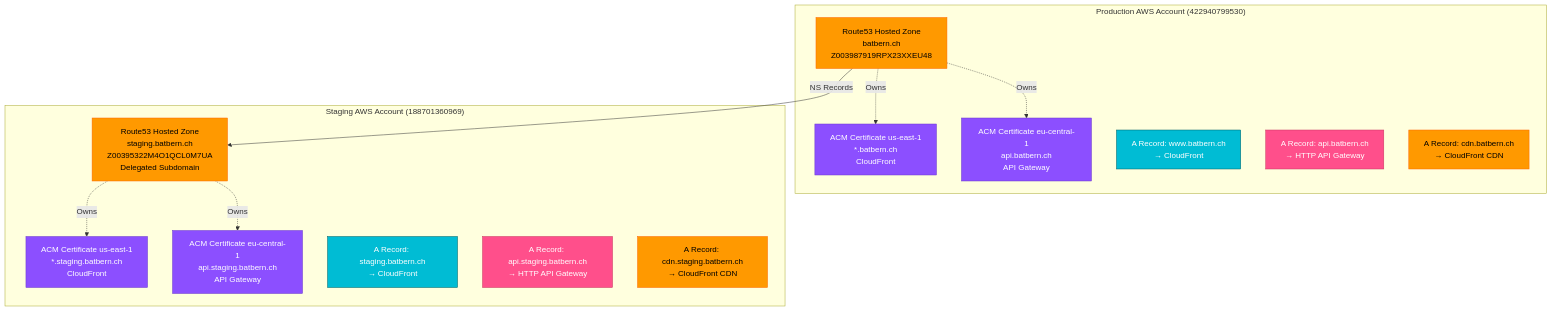
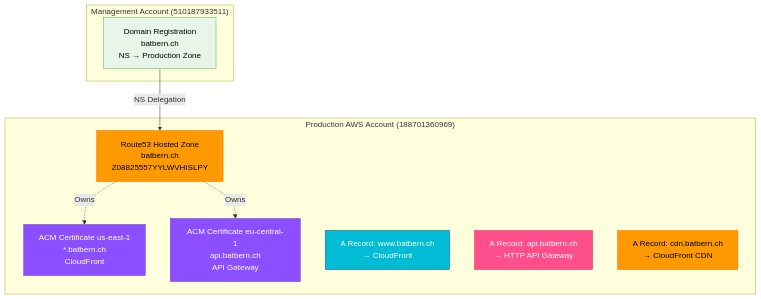
One commit to nissimbuchs/BATbern2 changed the tenth of 10 diagrams in docs/architecture/02-infrastructure-deployment.md. Above: the diagram before and after it, drawn with Mermaid. The commit also changed other lines of this file and 38 other files, not shown here.

First line of the commit message:
fix(infra): promote staging account to production with isProduction flag pattern

````diff
--- a/docs/architecture/02-infrastructure-deployment.md
+++ b/docs/architecture/02-infrastructure-deployment.md
@@ -1204,43 +1175,29 @@
 ```mermaid
 graph TB
-    subgraph "Production AWS Account (422940799530)"
-        PROD_ZONE[Route53 Hosted Zone<br/>batbern.ch<br/>Z003987919RPX23XXEU48]
-        PROD_CERT_US[ACM Certificate us-east-1<br/>*.batbern.ch<br/>CloudFront]
-        PROD_CERT_EU[ACM Certificate eu-central-1<br/>api.batbern.ch<br/>API Gateway]
+    subgraph "Production AWS Account (188701360969)"
+        ZONE[Route53 Hosted Zone<br/>batbern.ch<br/>Z08825557YYLWVHISLPY]
+        CERT_US[ACM Certificate us-east-1<br/>*.batbern.ch<br/>CloudFront]
+        CERT_EU[ACM Certificate eu-central-1<br/>api.batbern.ch<br/>API Gateway]
 
-        PROD_ZONE -.Owns.-> PROD_CERT_US
-        PROD_ZONE -.Owns.-> PROD_CERT_EU
+        ZONE -.Owns.-> CERT_US
+        ZONE -.Owns.-> CERT_EU
 
-        PROD_DNS_WWW[A Record: www.batbern.ch<br/>→ CloudFront]
-        PROD_DNS_API[A Record: api.batbern.ch<br/>→ HTTP API Gateway]
-        PROD_DNS_CDN[A Record: cdn.batbern.ch<br/>→ CloudFront CDN]
+        DNS_WWW[A Record: www.batbern.ch<br/>→ CloudFront]
+        DNS_API[A Record: api.batbern.ch<br/>→ HTTP API Gateway]
+        DNS_CDN[A Record: cdn.batbern.ch<br/>→ CloudFront CDN]
     end
 
-    subgraph "Staging AWS Account (188701360969)"
-        STG_ZONE[Route53 Hosted Zone<br/>staging.batbern.ch<br/>Z00395322M4O1QCL0M7UA<br/>Delegated Subdomain]
-        STG_CERT_US[ACM Certificate us-east-1<br/>*.staging.batbern.ch<br/>CloudFront]
-        STG_CERT_EU[ACM Certificate eu-central-1<br/>api.staging.batbern.ch<br/>API Gateway]
-
-        STG_ZONE -.Owns.-> STG_CERT_US
-        STG_ZONE -.Owns.-> STG_CERT_EU
-
-        STG_DNS_WWW[A Record: staging.batbern.ch<br/>→ CloudFront]
-        STG_DNS_API[A Record: api.staging.batbern.ch<br/>→ HTTP API Gateway]
-        STG_DNS_CDN[A Record: cdn.staging.batbern.ch<br/>→ CloudFront CDN]
+    subgraph "Management Account (510187933511)"
+        REG[Domain Registration<br/>batbern.ch<br/>NS → Production Zone]
     end
 
-    PROD_ZONE -->|NS Records| STG_ZONE
+    REG -->|NS Delegation| ZONE
 
-    style PROD_ZONE fill:#FF9900,stroke:#FF6600,color:#000
-    style PROD_CERT_US fill:#8C4FFF,stroke:#6B3ACC,color:#fff
-    style PROD_CERT_EU fill:#8C4FFF,stroke:#6B3ACC,color:#fff
-    style PROD_DNS_WWW fill:#00BCD4,stroke:#006064,color:#fff
-    style PROD_DNS_API fill:#FF4F8B,stroke:#C7365F,color:#fff
-    style PROD_DNS_CDN fill:#FF9900,stroke:#FF6600,color:#000
-    style STG_ZONE fill:#FF9900,stroke:#FF6600,color:#000
-    style STG_CERT_US fill:#8C4FFF,stroke:#6B3ACC,color:#fff
-    style STG_CERT_EU fill:#8C4FFF,stroke:#6B3ACC,color:#fff
-    style STG_DNS_WWW fill:#00BCD4,stroke:#006064,color:#fff
-    style STG_DNS_API fill:#FF4F8B,stroke:#C7365F,color:#fff
-    style STG_DNS_CDN fill:#FF9900,stroke:#FF6600,color:#000
+    style ZONE fill:#FF9900,stroke:#FF6600,color:#000
+    style CERT_US fill:#8C4FFF,stroke:#6B3ACC,color:#fff
+    style CERT_EU fill:#8C4FFF,stroke:#6B3ACC,color:#fff
+    style DNS_WWW fill:#00BCD4,stroke:#006064,color:#fff
+    style DNS_API fill:#FF4F8B,stroke:#C7365F,color:#fff
+    style DNS_CDN fill:#FF9900,stroke:#FF6600,color:#000
+    style REG fill:#E8F5E9,stroke:#4CAF50,color:#000
 ```
````
